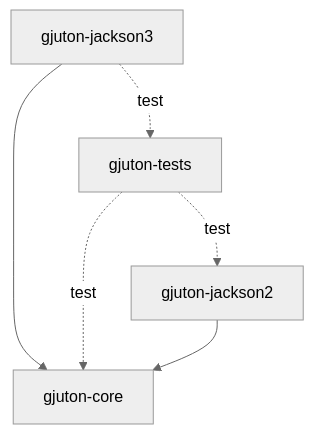
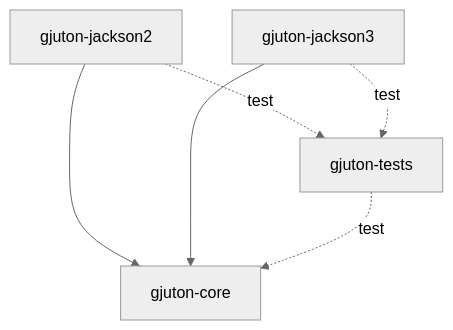
The first of 3 diagrams in docs/architecture.md (gjuton/gjuton), drawn with Mermaid (neutral theme) before and after one commit. The commit also changed other lines of this file and 7 other files, not shown here.

````diff
--- a/docs/architecture.md
+++ b/docs/architecture.md
@@ -20,8 +20,8 @@
 ```mermaid
 graph TD
     jackson2[gjuton-jackson2] --> core[gjuton-core]
     jackson3[gjuton-jackson3] --> core
     tests[gjuton-tests] -. test .-> core
-    tests -. test .-> jackson2
+    jackson2 -. test .-> tests
     jackson3 -. test .-> tests
 ```
````
